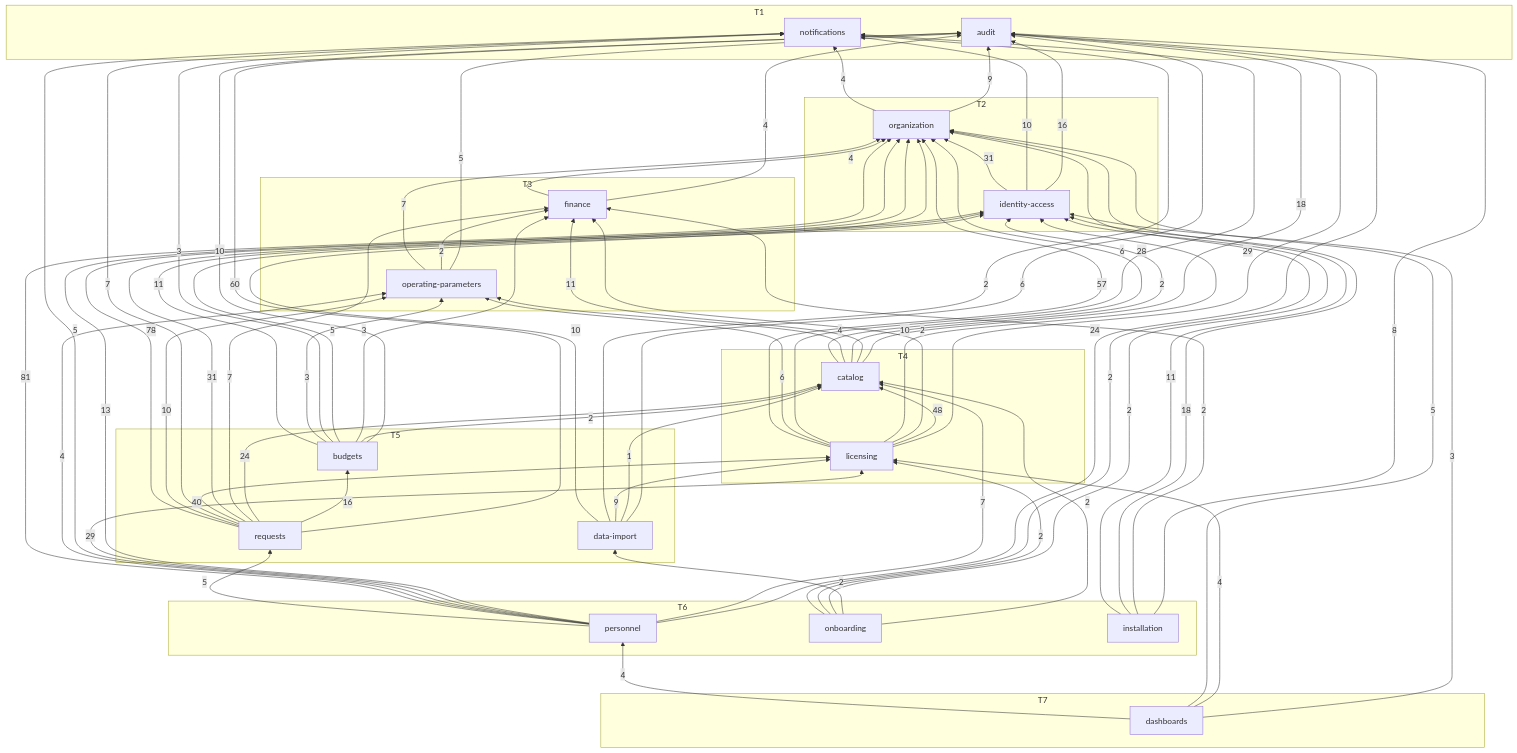
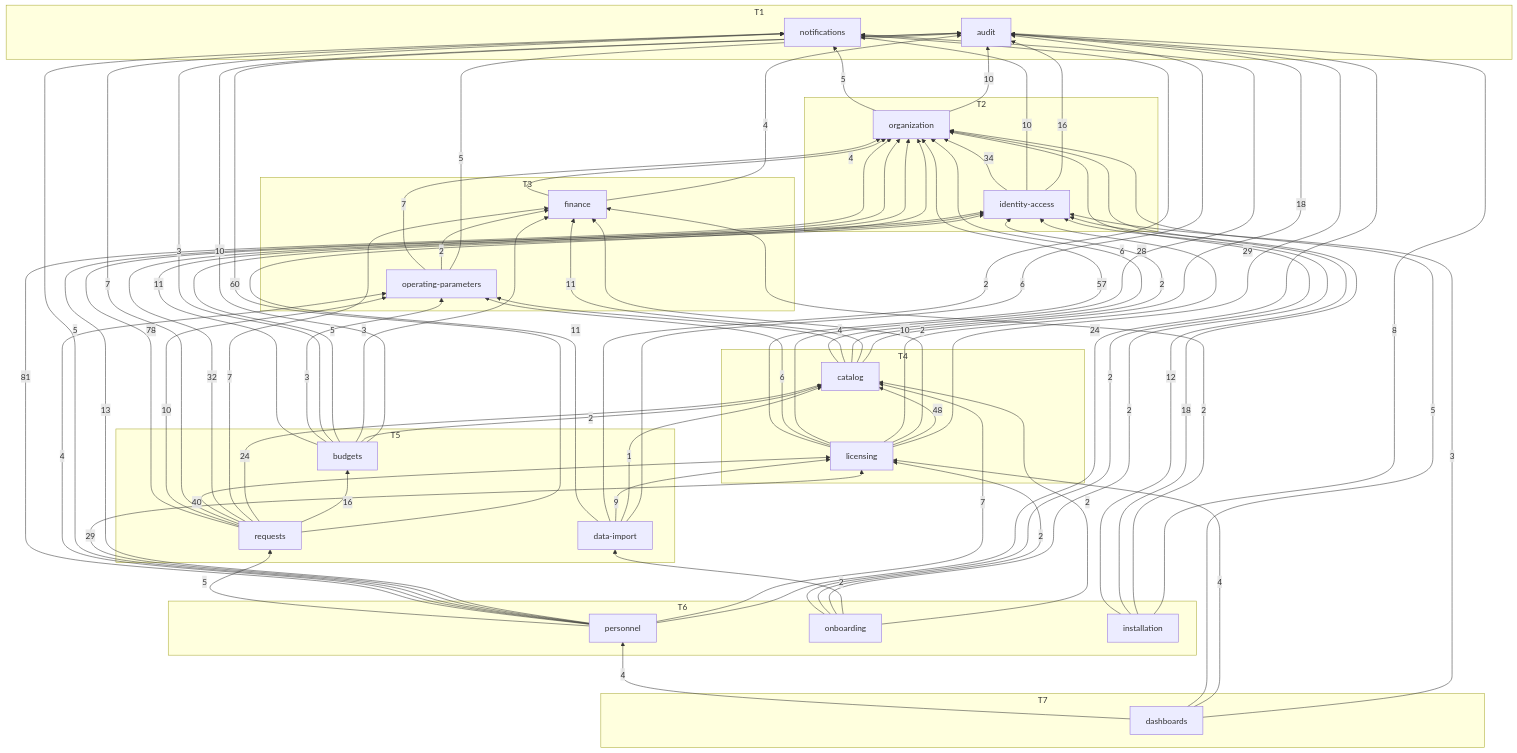
Before and after one commit to SEP490-FALL2026/BE-dev: the diagram in docs/generated/module-graph.md, drawn with Mermaid. The commit also changed 37 other files, not shown here.

```diff
--- a/docs/generated/module-graph.md
+++ b/docs/generated/module-graph.md
@@ -54,16 +54,16 @@
   data_import -->|1| catalog
   data_import -->|9| licensing
   data_import -->|2| notifications
-  data_import -->|10| organization
+  data_import -->|11| organization
   finance -->|4| audit
   finance -->|4| organization
   identity_access -->|16| audit
   identity_access -->|10| notifications
-  identity_access -->|31| organization
+  identity_access -->|34| organization
   installation -->|8| audit
   installation -->|2| finance
   installation -->|18| identity_access
-  installation -->|11| organization
+  installation -->|12| organization
   licensing -->|29| audit
   licensing -->|48| catalog
   licensing -->|2| finance
@@ -79,8 +79,8 @@
   operating_parameters -->|5| audit
   operating_parameters -->|2| finance
   operating_parameters -->|7| organization
-  organization -->|9| audit
-  organization -->|4| notifications
+  organization -->|10| audit
+  organization -->|5| notifications
   personnel -->|24| audit
   personnel -->|7| catalog
   personnel -->|13| identity_access
@@ -93,7 +93,7 @@
   requests -->|16| budgets
   requests -->|24| catalog
   requests -->|7| finance
-  requests -->|31| identity_access
+  requests -->|32| identity_access
   requests -->|40| licensing
   requests -->|7| notifications
   requests -->|10| operating_parameters
```
